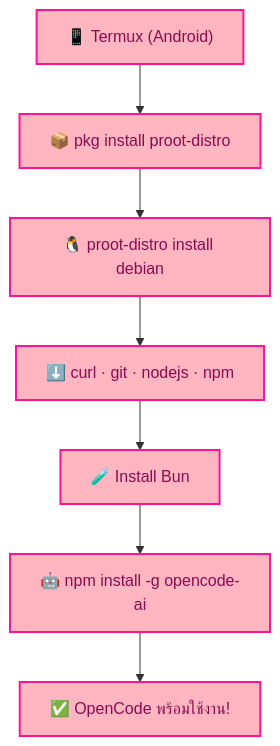
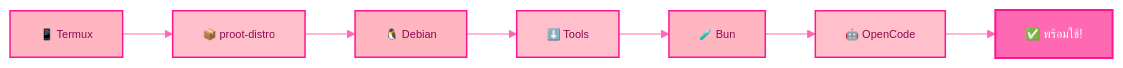
Before and after one commit to Aa-ok99/debian--ai: the diagram in README.md, drawn with Mermaid. The commit also changed other lines of this file, not shown here.

````diff
--- a/README.md
+++ b/README.md
@@ -21,17 +39,18 @@
 ```mermaid
-flowchart TD
-  A["📱 Termux (Android)"] --> B["📦 pkg install proot-distro"]
-  B --> C["🐧 proot-distro install debian"]
-  C --> D["⬇️ curl · git · nodejs · npm"]
-  D --> E["🧪 Install Bun"]
-  E --> F["🤖 npm install -g opencode-ai"]
-  F --> G["✅ OpenCode พร้อมใช้งาน!"]
+%%{init: {'theme': 'base', 'themeVariables': { 'primaryColor': '#FFB6C1','primaryTextColor': '#8B0A50','primaryBorderColor': '#FF1493','lineColor': '#FF69B4','secondaryColor': '#FFE4E1','tertiaryColor': '#FFF0F5'}}}%%
+flowchart LR
+  A["📱 Termux"] --> B["📦 proot-distro"]
+  B --> C["🐧 Debian"]
+  C --> D["⬇️ Tools"]
+  D --> E["🧪 Bun"]
+  E --> F["🤖 OpenCode"]
+  F --> G["✅ พร้อมใช้!"]
 
-  style A fill:#FFB6C1,stroke:#FF1493,stroke-width:2px,color:#8B0A50
-  style B fill:#FFB6C1,stroke:#FF1493,stroke-width:2px,color:#8B0A50
-  style C fill:#FFB6C1,stroke:#FF1493,stroke-width:2px,color:#8B0A50
-  style D fill:#FFB6C1,stroke:#FF1493,stroke-width:2px,color:#8B0A50
-  style E fill:#FFB6C1,stroke:#FF1493,stroke-width:2px,color:#8B0A50
-  style F fill:#FFB6C1,stroke:#FF1493,stroke-width:2px,color:#8B0A50
-  style G fill:#FFB6C1,stroke:#FF1493,stroke-width:2px,color:#8B0A50
+  style A fill:#FFB6C1,stroke:#FF1493,stroke-width:1.5px,color:#8B0A50,font-size:11px
+  style B fill:#FFC0CB,stroke:#FF1493,stroke-width:1.5px,color:#8B0A50,font-size:11px
+  style C fill:#FFB6C1,stroke:#FF1493,stroke-width:1.5px,color:#8B0A50,font-size:11px
+  style D fill:#FFC0CB,stroke:#FF1493,stroke-width:1.5px,color:#8B0A50,font-size:11px
+  style E fill:#FFB6C1,stroke:#FF1493,stroke-width:1.5px,color:#8B0A50,font-size:11px
+  style F fill:#FFC0CB,stroke:#FF1493,stroke-width:1.5px,color:#8B0A50,font-size:11px
+  style G fill:#FF69B4,stroke:#FF1493,stroke-width:2px,color:#FFFFFF,font-size:12px
 ```
````
